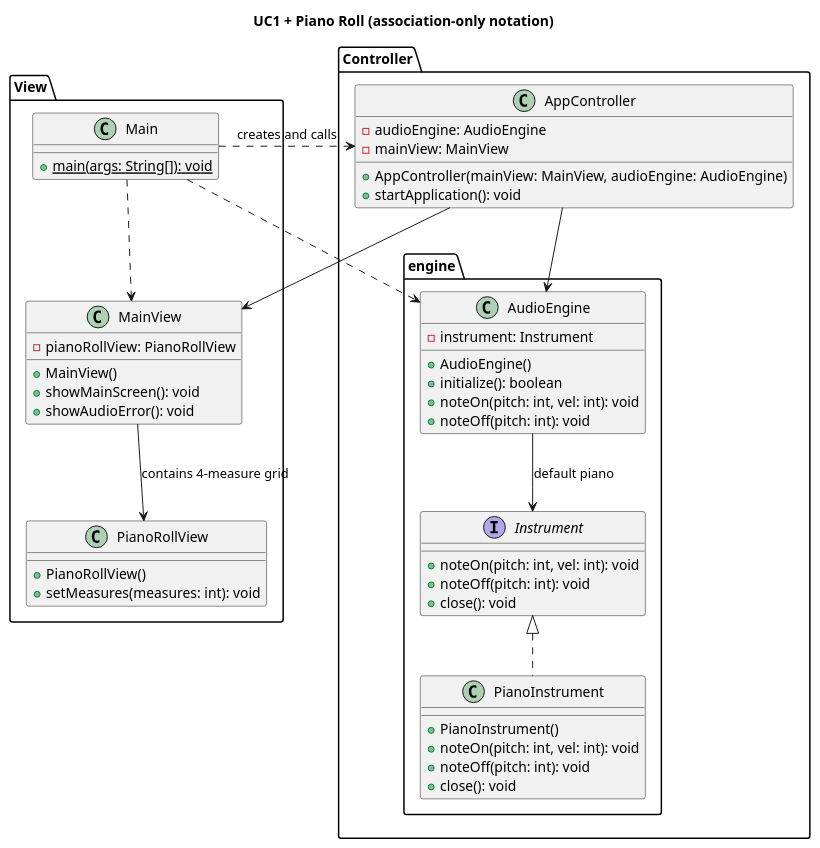
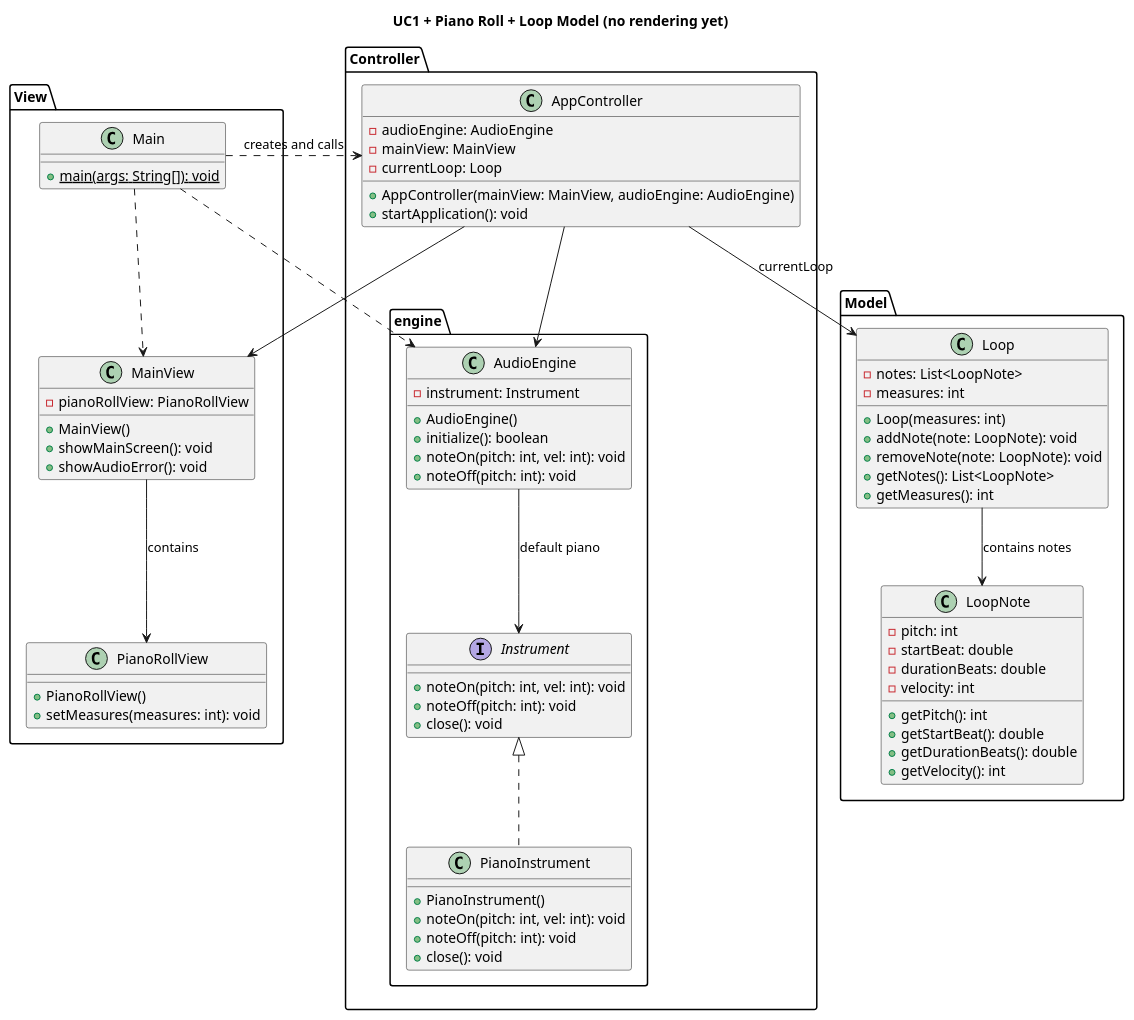
Before and after one commit to nu-cs-sw-design/project-20252601-music_platform: the diagram in docs/design/design.puml, drawn with PlantUML. The commit also changed 4 other files, not shown here.

```diff
--- a/docs/design/design.puml
+++ b/docs/design/design.puml
@@ -1,67 +1,104 @@
 @startuml
-title UC1 + Piano Roll (association-only notation)
+title UC1 + Piano Roll + Loop Model (no rendering yet)
 
 package View {
-
     class Main {
         +{static} main(args: String[]): void
     }
 
     class MainView {
         -pianoRollView: PianoRollView
+
         +MainView()
         +showMainScreen(): void
         +showAudioError(): void
     }
 
     class PianoRollView {
         +PianoRollView()
         +setMeasures(measures: int): void
     }
 }
 
 package Controller {
     class AppController {
         -audioEngine: AudioEngine
         -mainView: MainView
+        -currentLoop: Loop
 
         +AppController(mainView: MainView, audioEngine: AudioEngine)
         +startApplication(): void
     }
 
     package engine {
         interface Instrument {
             +noteOn(pitch: int, vel: int): void
             +noteOff(pitch: int): void
             +close(): void
         }
 
         class PianoInstrument implements Instrument {
             +PianoInstrument()
             +noteOn(pitch: int, vel: int): void
             +noteOff(pitch: int): void
             +close(): void
         }
 
         class AudioEngine {
             -instrument: Instrument
             +AudioEngine()
             +initialize(): boolean
             +noteOn(pitch: int, vel: int): void
             +noteOff(pitch: int): void
         }
     }
 }
 
+package Model {
+    class Loop {
+        -notes: List<LoopNote>
+        -measures: int
+
+        +Loop(measures: int)
+        +addNote(note: LoopNote): void
+        +removeNote(note: LoopNote): void
+        +getNotes(): List<LoopNote>
+        +getMeasures(): int
+    }
+
+    class LoopNote {
+        -pitch: int
+        -startBeat: double
+        -durationBeats: double
+        -velocity: int
+
+        +getPitch(): int
+        +getStartBeat(): double
+        +getDurationBeats(): double
+        +getVelocity(): int
+    }
+
+}
+
+' --- Relationships ---
+
+' Startup wiring
 Main ..> AppController : "creates and calls"
 Main ..> MainView
 Main ..> AudioEngine
 
-MainView --> PianoRollView : "contains 4-measure grid"
+' View wiring
+MainView --> PianoRollView : "contains"
 
+' Controller wiring
 AppController --> MainView
 AppController --> AudioEngine
+AppController --> Loop : "currentLoop"
 
-AudioEngine --> Instrument : "default piano"
+' Engine wiring
+Controller.engine.AudioEngine --> Controller.engine.Instrument : "default piano"
+
+' Model wiring
+Loop --> LoopNote : "contains notes"
 
 @enduml
```
